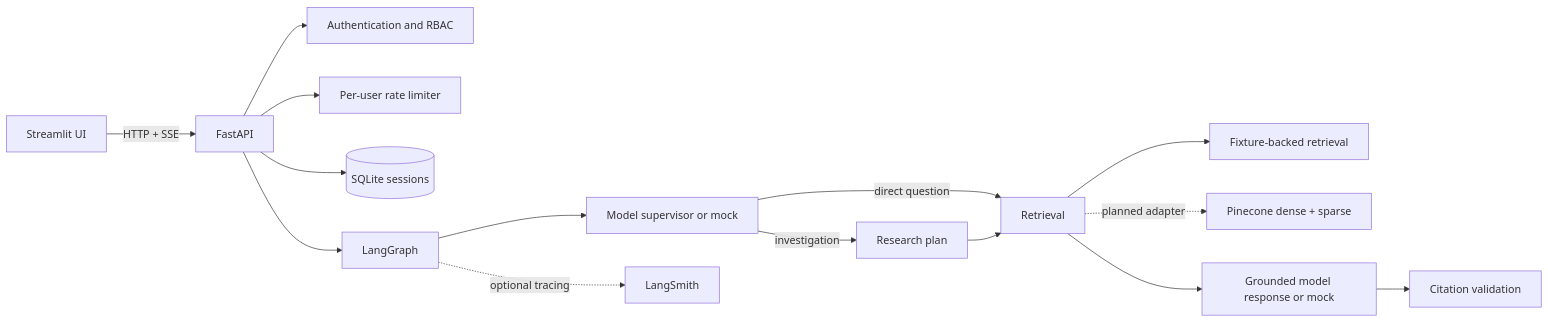
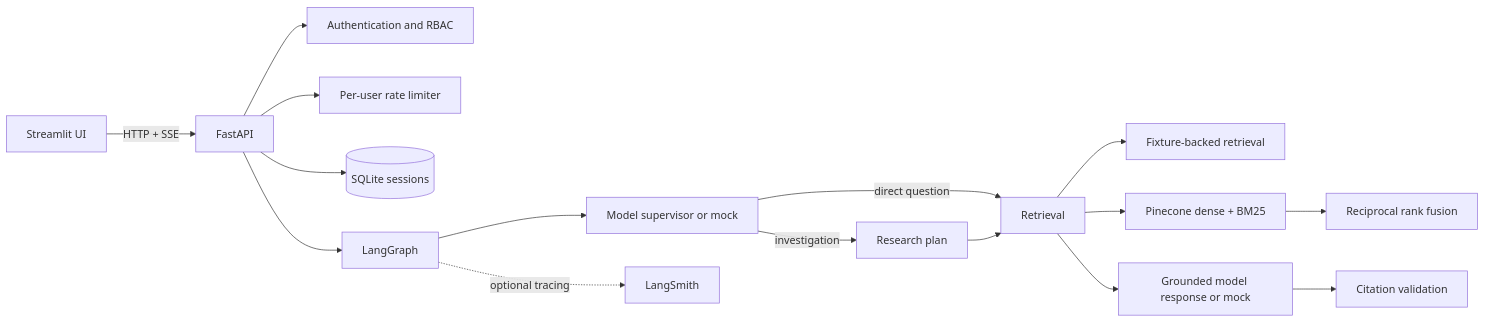
The diagram in README.md (Thavarshan/enterprise-knowledge-assistant), drawn with Mermaid before and after one commit. The commit also changed other lines of this file and 21 other files, not shown here.

Commit message:
feat: add Pinecone hybrid retrieval

````diff
--- a/README.md
+++ b/README.md
@@ -7,17 +7,18 @@
 ```mermaid
 flowchart LR
     UI[Streamlit UI] -->|HTTP + SSE| API[FastAPI]
     API --> AUTH[Authentication and RBAC]
     API --> LIMIT[Per-user rate limiter]
     API --> MEM[(SQLite sessions)]
     API --> GRAPH[LangGraph]
     GRAPH --> SUP[Model supervisor or mock]
     SUP -->|direct question| RET[Retrieval]
     SUP -->|investigation| RES[Research plan]
     RES --> RET
     RET --> MOCK[Fixture-backed retrieval]
-    RET -. planned adapter .-> PINE[Pinecone dense + sparse]
+    RET --> HYBRID[Pinecone dense + BM25]
+    HYBRID --> RRF[Reciprocal rank fusion]
     RET --> RESP[Grounded model response or mock]
     RESP --> VAL[Citation validation]
     GRAPH -. optional tracing .-> LS[LangSmith]
 ```
````
